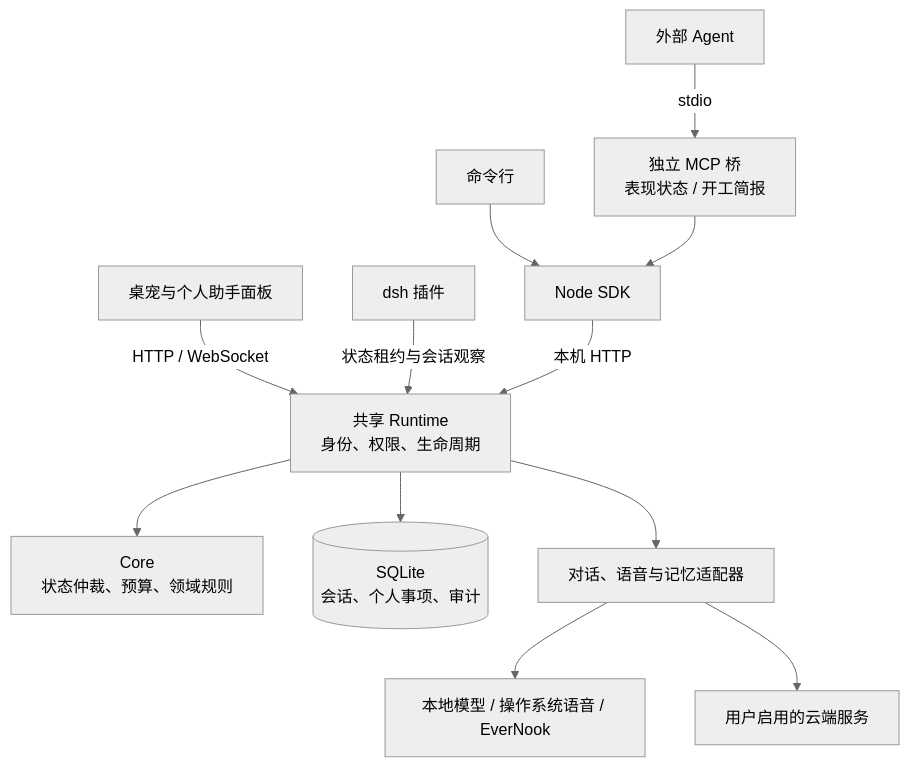
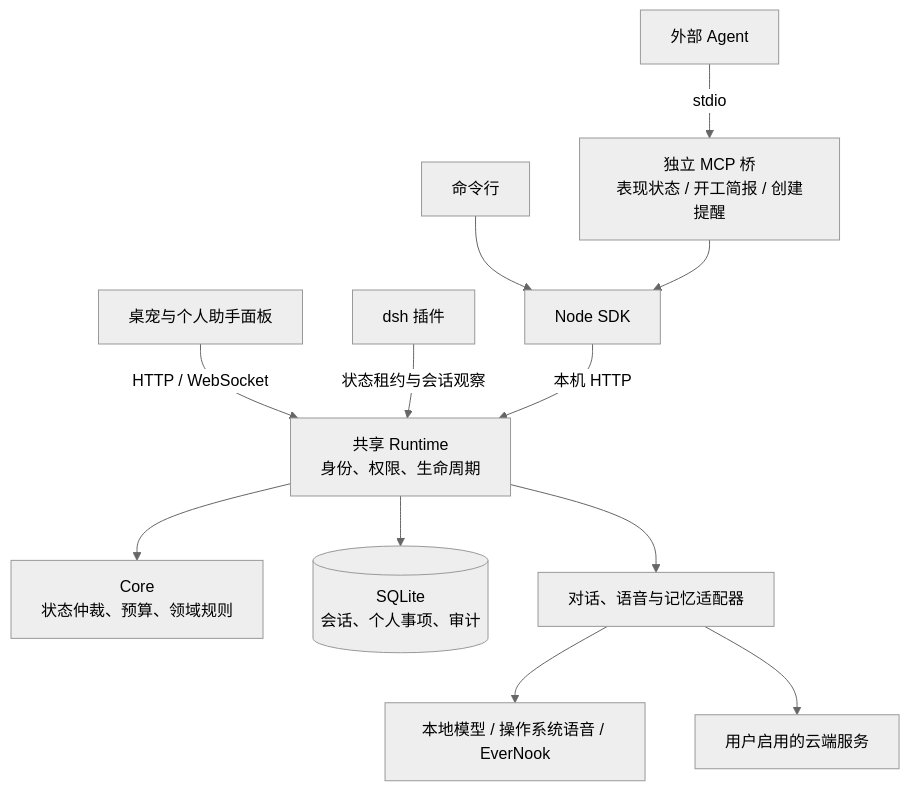
Before and after one commit to destinyTaoTao/maneki-pet: the diagram in README.md, drawn with Mermaid (neutral theme). The commit also changed other lines of this file and 2 other files, not shown here.

````diff
--- a/README.md
+++ b/README.md
@@ -22,14 +23,14 @@
 ```mermaid
 flowchart TB
     Shell["桌宠与个人助手面板"] -->|HTTP / WebSocket| Runtime["共享 Runtime<br/>身份、权限、生命周期"]
     Dsh["dsh 插件"] -->|状态租约与会话观察| Runtime
-    Agent["外部 Agent"] -->|stdio| MCP["独立 MCP 桥<br/>表现状态 / 开工简报"]
+    Agent["外部 Agent"] -->|stdio| MCP["独立 MCP 桥<br/>表现状态 / 开工简报 / 创建提醒"]
     CLI["命令行"] --> SDK["Node SDK"]
     MCP --> SDK
     SDK -->|本机 HTTP| Runtime
     Runtime --> Core["Core<br/>状态仲裁、预算、领域规则"]
     Runtime --> Store[("SQLite<br/>会话、个人事项、审计")]
     Runtime --> Ports["对话、语音与记忆适配器"]
     Ports --> Local["本地模型 / 操作系统语音 / EverNook"]
     Ports --> Cloud["用户启用的云端服务"]
 ```
````
